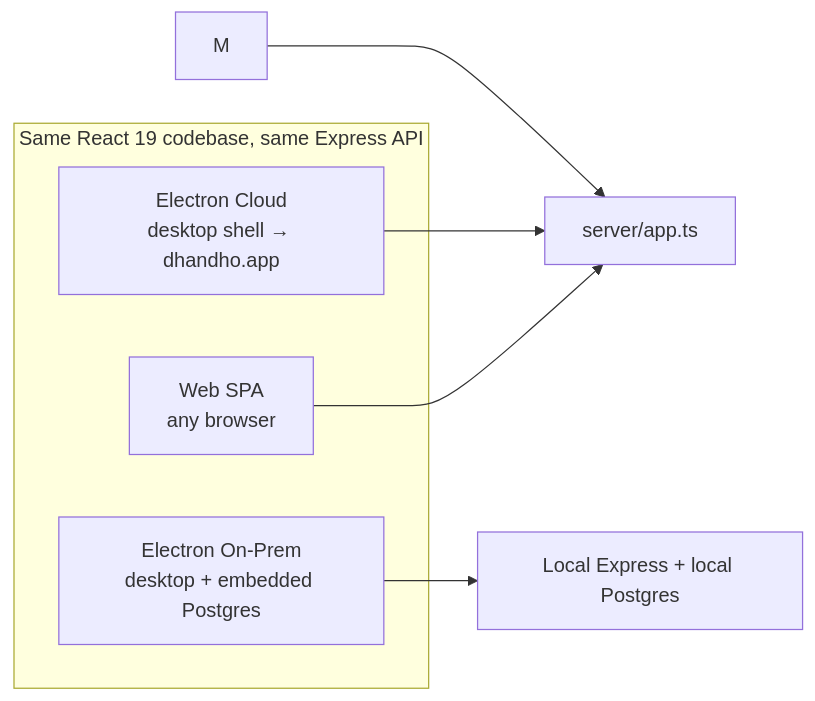
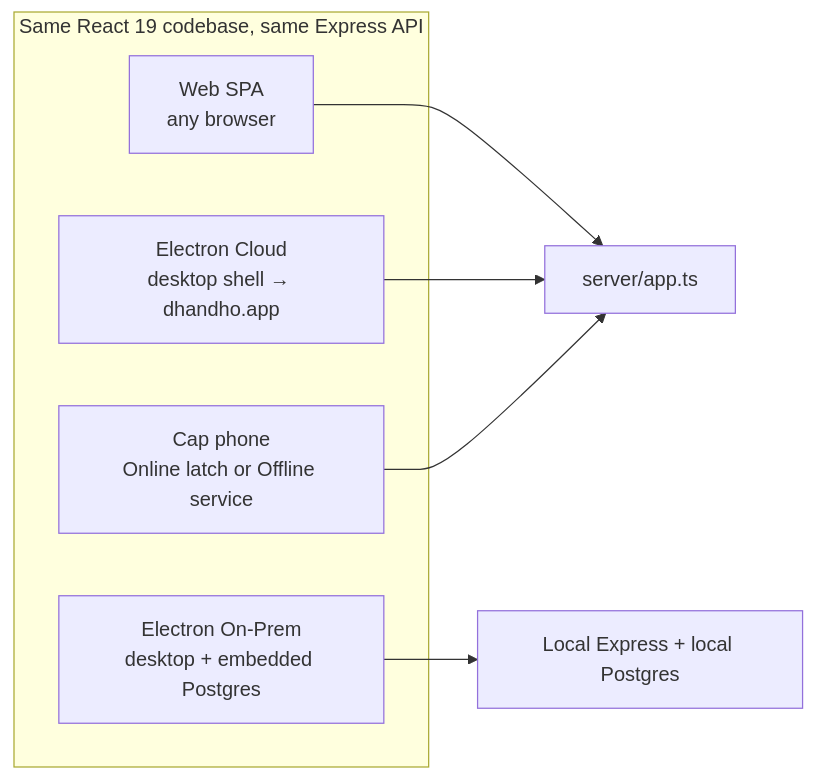
One commit to prathame/DG-ERP changed the diagram in engineering-academy/docs/overview/business-goals.md. Above: the diagram before and after it, drawn with Mermaid. The commit also changed other lines of this file and 25 other files, not shown here.

````diff
--- a/engineering-academy/docs/overview/business-goals.md
+++ b/engineering-academy/docs/overview/business-goals.md
@@ -34,12 +34,13 @@
 ```mermaid
 flowchart LR
   subgraph "Same React 19 codebase, same Express API"
     W[Web SPA<br/>any browser]
     EC[Electron Cloud<br/>desktop shell → dhandho.app]
     EO[Electron On-Prem<br/>desktop + embedded Postgres]
+    CAP[Cap phone<br/>Online latch or Offline service]
   end
   W --> API[server/app.ts]
   EC --> API
-  M --> API
+  CAP --> API
   EO --> LOCAL[Local Express + local Postgres]
 ```
````
